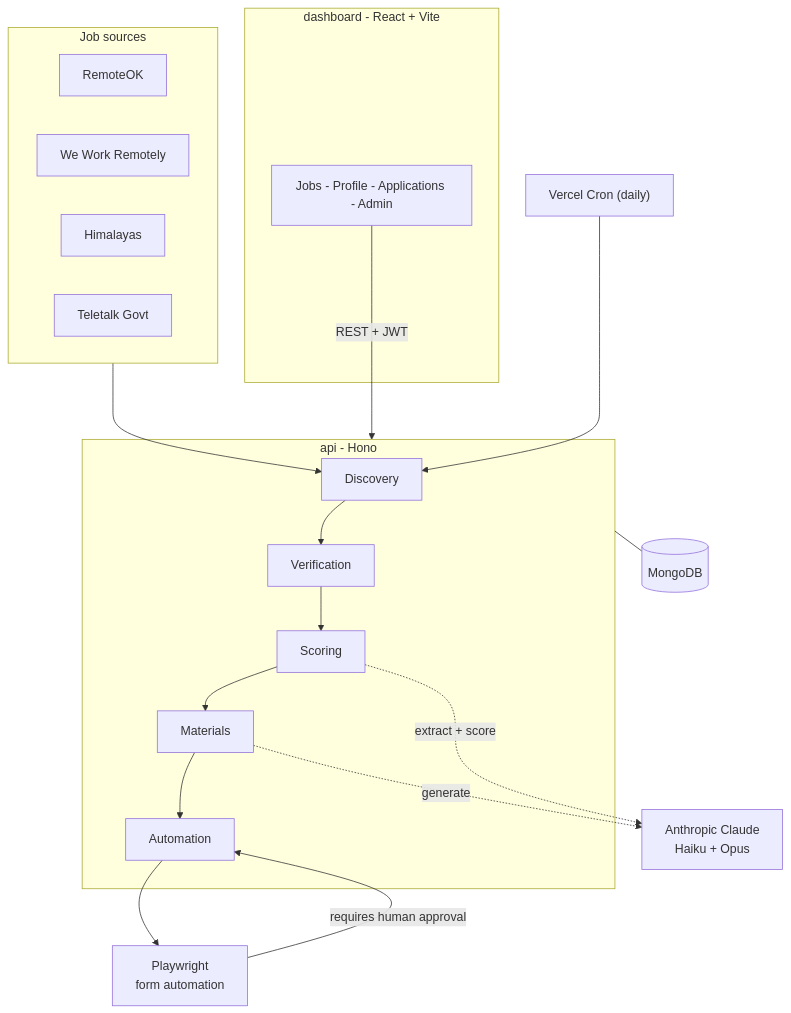
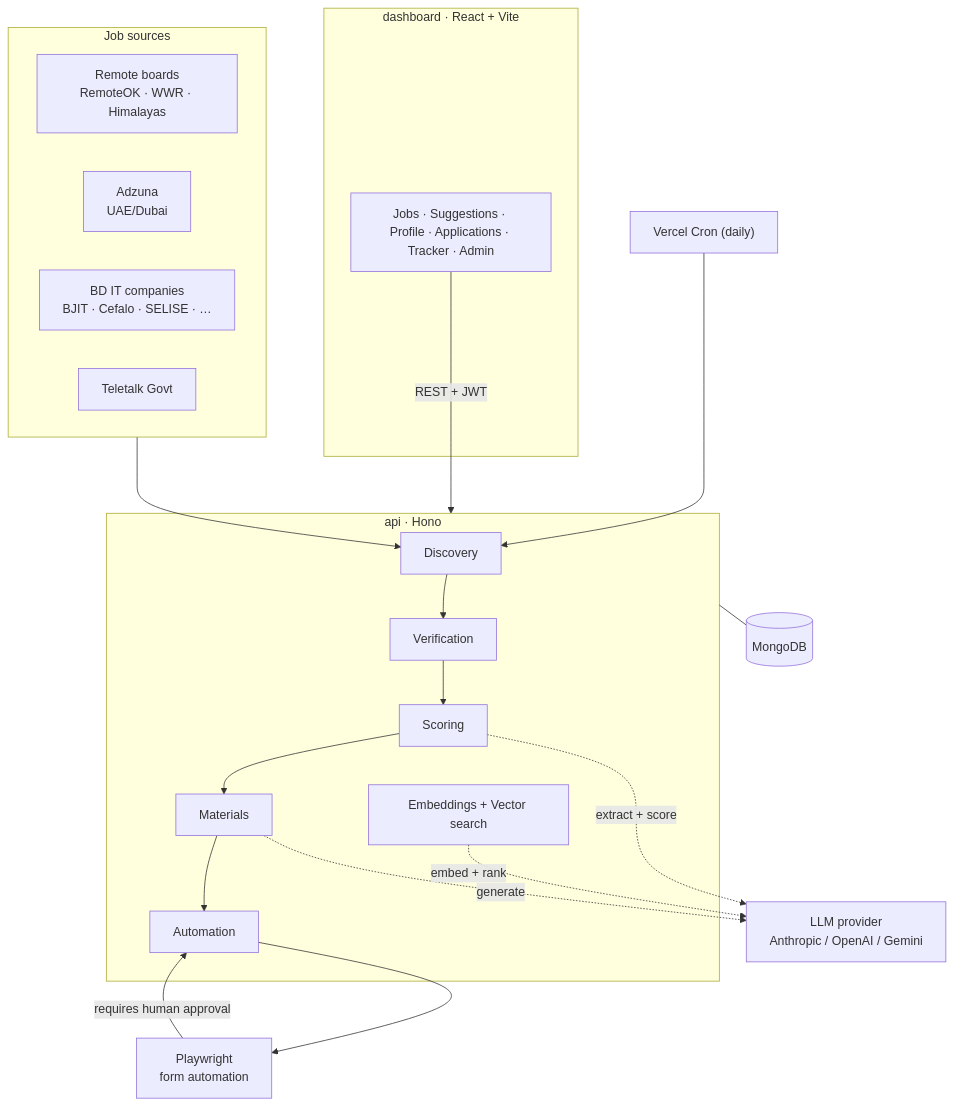
The diagram in README.md (nurul-komor/TalentRadar), drawn with Mermaid before and after one commit. The commit also changed other lines of this file and 6 other files, not shown here.

````diff
--- a/README.md
+++ b/README.md
@@ -28,33 +88,35 @@
 ```mermaid
 flowchart TB
-    subgraph Client["dashboard - React + Vite"]
-        UI["Jobs - Profile - Applications - Admin"]
+    subgraph Client["dashboard · React + Vite"]
+        UI["Jobs · Suggestions · Profile · Applications · Tracker · Admin"]
     end
     subgraph Sources["Job sources"]
-        S1["RemoteOK"]
-        S2["We Work Remotely"]
-        S3["Himalayas"]
+        S1["Remote boards<br/>RemoteOK · WWR · Himalayas"]
+        S2["Adzuna<br/>UAE/Dubai"]
+        S3["BD IT companies<br/>BJIT · Cefalo · SELISE · …"]
         S4["Teletalk Govt"]
     end
-    subgraph API["api - Hono"]
+    subgraph API["api · Hono"]
         Disc["Discovery"]
         Ver["Verification"]
         Score["Scoring"]
+        Embed["Embeddings + Vector search"]
         Mat["Materials"]
         Autom["Automation"]
     end
     DB[("MongoDB")]
-    Claude["Anthropic Claude<br/>Haiku + Opus"]
+    LLM["LLM provider<br/>Anthropic / OpenAI / Gemini"]
     PW["Playwright<br/>form automation"]
     Cron["Vercel Cron (daily)"]
 
     UI -->|REST + JWT| API
     Sources --> Disc
     Disc --> Ver --> Score --> Mat --> Autom
-    Score -. extract + score .-> Claude
-    Mat -. generate .-> Claude
+    Score -. extract + score .-> LLM
+    Embed -. embed + rank .-> LLM
+    Mat -. generate .-> LLM
     Autom --> PW
     PW -->|requires human approval| Autom
     API --- DB
     Cron --> Disc
 ```
````
